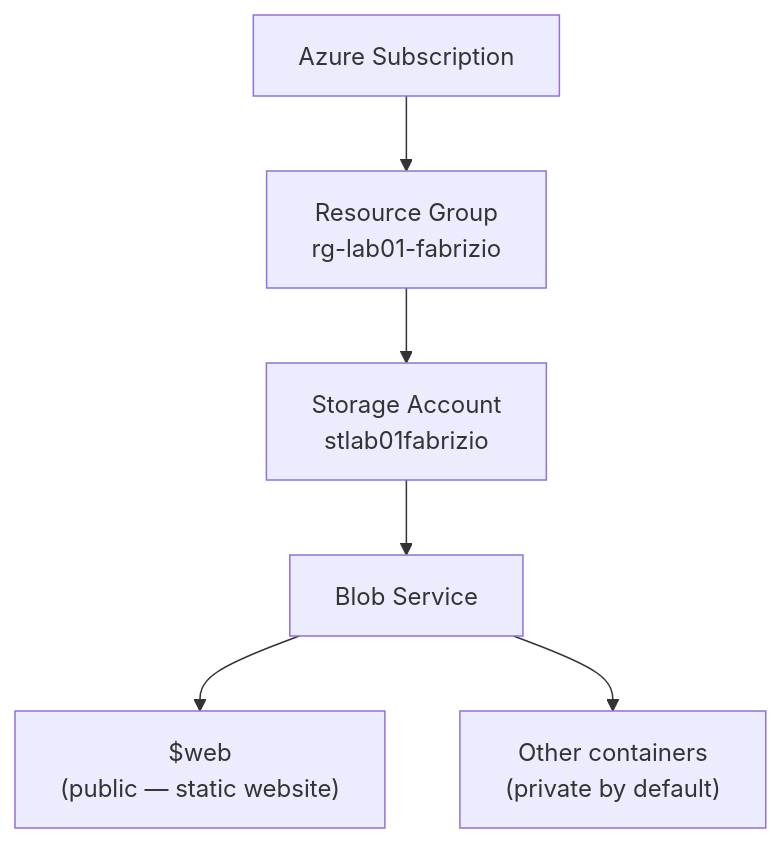
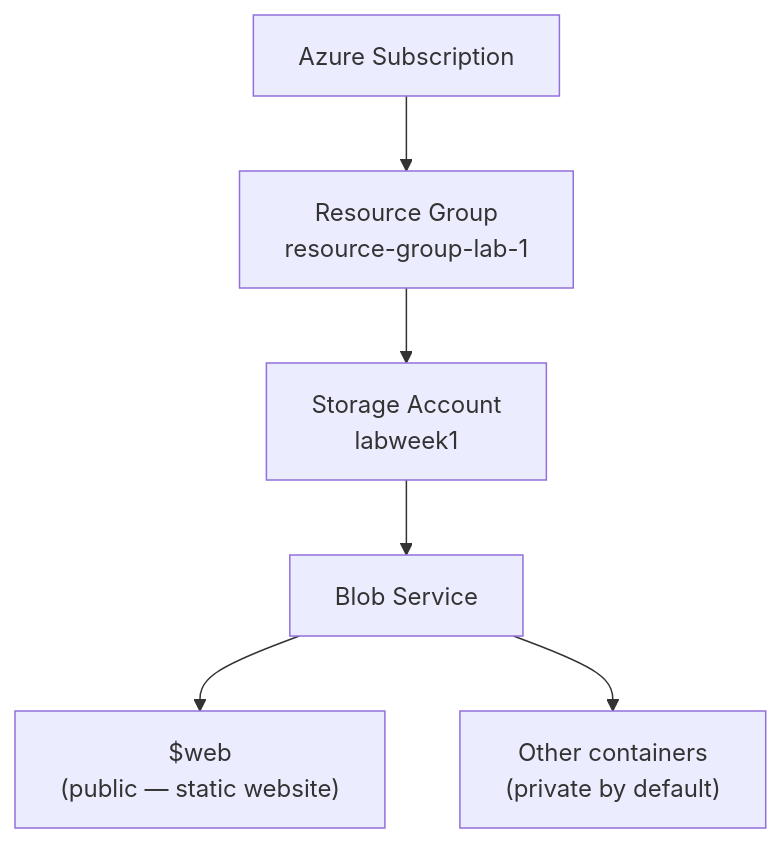
The second of 3 diagrams in README.md (fabrizio-mastrogiovanni/Azure-static-website-github-actions), drawn with Mermaid before and after one commit. The commit also changed other lines of this file, not shown here.

````diff
--- a/README.md
+++ b/README.md
@@ -77,8 +77,8 @@
 ```mermaid
 flowchart TD
-    SUB["Azure Subscription"] --> RG["Resource Group<br/>rg-lab01-fabrizio"]
-    RG --> SA["Storage Account<br/>stlab01fabrizio"]
+    SUB["Azure Subscription"] --> RG["Resource Group<br/>resource-group-lab-1"]
+    RG --> SA["Storage Account<br/>labweek1"]
     SA --> BLOB["Blob Service"]
     BLOB --> WEB["$web<br/>(public — static website)"]
     BLOB --> OTHER["Other containers<br/>(private by default)"]
 ```
````
